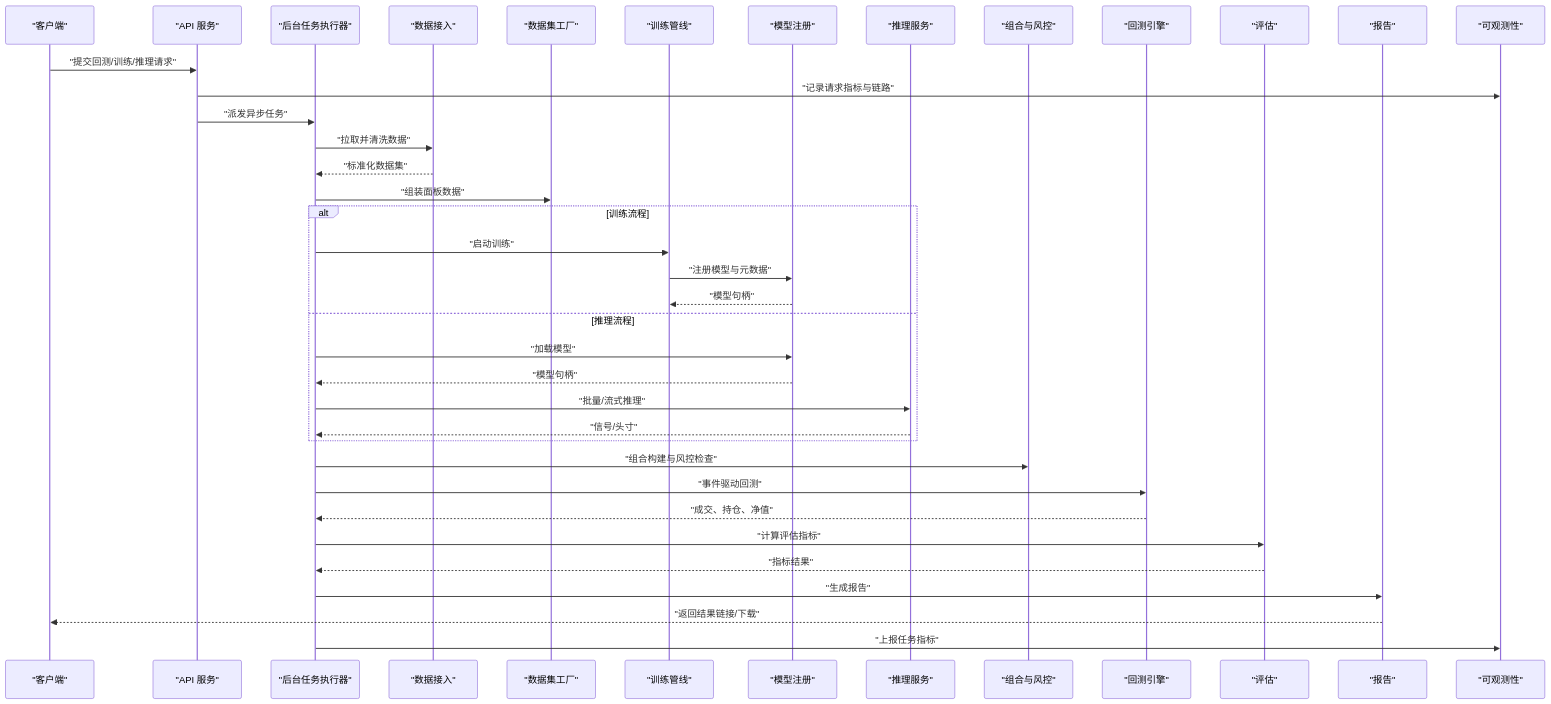
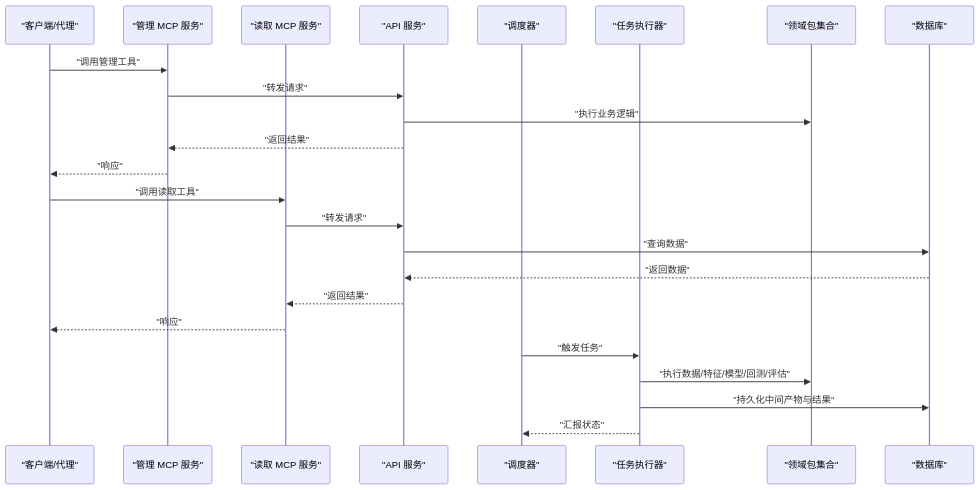
One commit to DeathLimbo/quan_mcp changed the second of 4 diagrams in .qoder/repowiki/zh/content/项目概述/项目概述.md. Above: the diagram before and after it, drawn with Mermaid. The commit also changed other lines of this file and 238 other files, not shown here.

````diff
--- a/.qoder/repowiki/zh/content/项目概述/项目概述.md
+++ b/.qoder/repowiki/zh/content/项目概述/项目概述.md
@@ -264,40 +142,26 @@
 ```mermaid
 sequenceDiagram
-participant Client as "客户端"
+participant Client as "客户端/代理"
+participant AdminMCP as "管理 MCP 服务"
+participant ReadMCP as "读取 MCP 服务"
 participant API as "API 服务"
-participant Worker as "后台任务执行器"
-participant Ingest as "数据接入"
-participant Dataset as "数据集工厂"
-participant Train as "训练管线"
-participant Model as "模型注册"
-participant Infer as "推理服务"
-participant Port as "组合与风控"
-participant BT as "回测引擎"
-participant Eval as "评估"
-participant Report as "报告"
-participant Obs as "可观测性"
-Client->>API : "提交回测/训练/推理请求"
-API->>Obs : "记录请求指标与链路"
-API->>Worker : "派发异步任务"
-Worker->>Ingest : "拉取并清洗数据"
-Ingest-->>Worker : "标准化数据集"
-Worker->>Dataset : "组装面板数据"
-alt 训练流程
-Worker->>Train : "启动训练"
-Train->>Model : "注册模型与元数据"
-Model-->>Train : "模型句柄"
-else 推理流程
-Worker->>Model : "加载模型"
-Model-->>Worker : "模型句柄"
-Worker->>Infer : "批量/流式推理"
-Infer-->>Worker : "信号/头寸"
-end
-Worker->>Port : "组合构建与风控检查"
-Worker->>BT : "事件驱动回测"
-BT-->>Worker : "成交、持仓、净值"
-Worker->>Eval : "计算评估指标"
-Eval-->>Worker : "指标结果"
-Worker->>Report : "生成报告"
-Report-->>Client : "返回结果链接/下载"
-Worker->>Obs : "上报任务指标"
+participant Scheduler as "调度器"
+participant Worker as "任务执行器"
+participant Domain as "领域包集合"
+participant DB as "数据库"
+Client->>AdminMCP : "调用管理工具"
+AdminMCP->>API : "转发请求"
+API->>Domain : "执行业务逻辑"
+API-->>AdminMCP : "返回结果"
+AdminMCP-->>Client : "响应"
+Client->>ReadMCP : "调用读取工具"
+ReadMCP->>API : "转发请求"
+API->>DB : "查询数据"
+DB-->>API : "返回数据"
+API-->>ReadMCP : "返回结果"
+ReadMCP-->>Client : "响应"
+Scheduler->>Worker : "触发任务"
+Worker->>Domain : "执行数据/特征/模型/回测/评估"
+Worker->>DB : "持久化中间产物与结果"
+Worker-->>Scheduler : "汇报状态"
 ```
````
